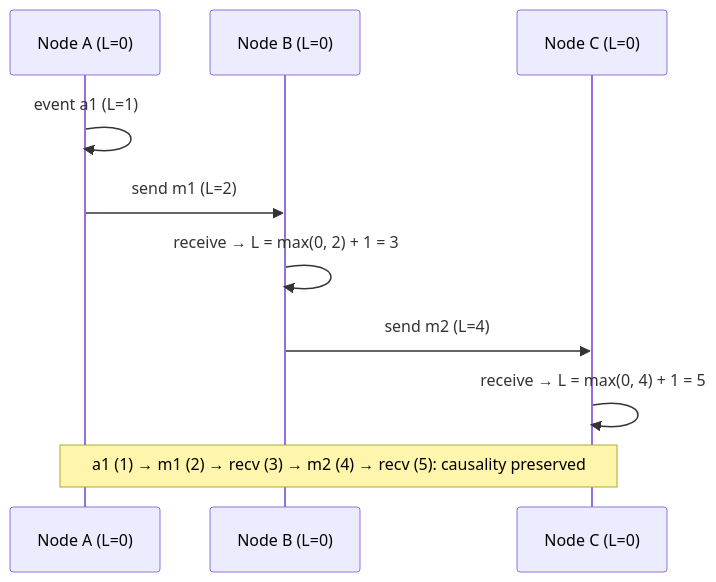
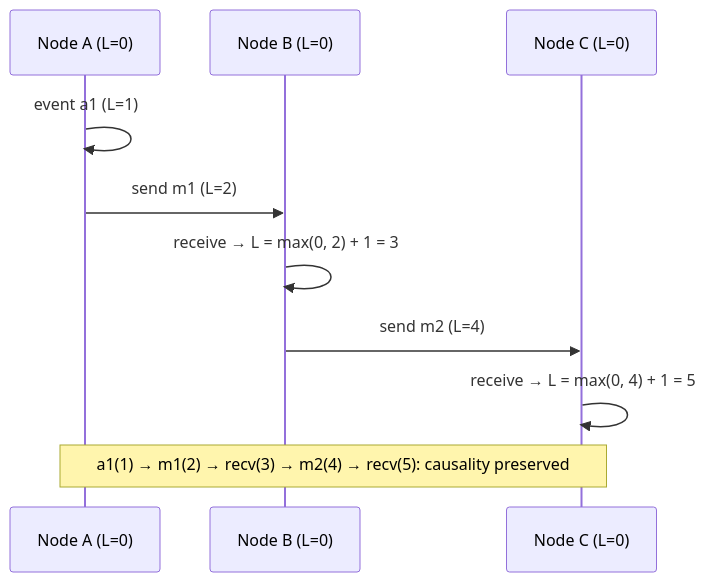
Before and after one commit to winnyboy5/System-Design-from-Atoms: the diagram in phases/10-deep-internals/084-time-and-clocks.md, drawn with Mermaid. The commit also changed other lines of this file and 9 other files, not shown here.

````diff
--- a/phases/10-deep-internals/084-time-and-clocks.md
+++ b/phases/10-deep-internals/084-time-and-clocks.md
@@ -28,12 +41,12 @@
 ```mermaid
 sequenceDiagram
     participant A as Node A (L=0)
     participant B as Node B (L=0)
     participant C as Node C (L=0)
     A->>A: event a1 (L=1)
     A->>B: send m1 (L=2)
     B->>B: receive → L = max(0, 2) + 1 = 3
     B->>C: send m2 (L=4)
     C->>C: receive → L = max(0, 4) + 1 = 5
-    Note over A,C: a1 (1) → m1 (2) → recv (3) → m2 (4) → recv (5): causality preserved
+    Note over A,C: a1(1) → m1(2) → recv(3) → m2(4) → recv(5): causality preserved
 ```
````
